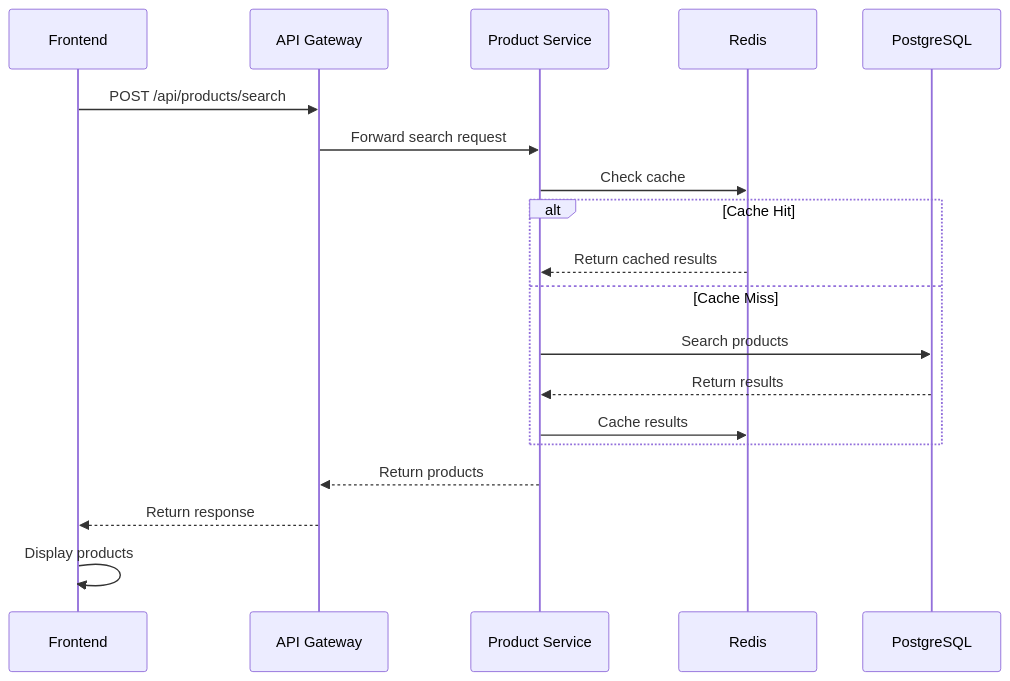
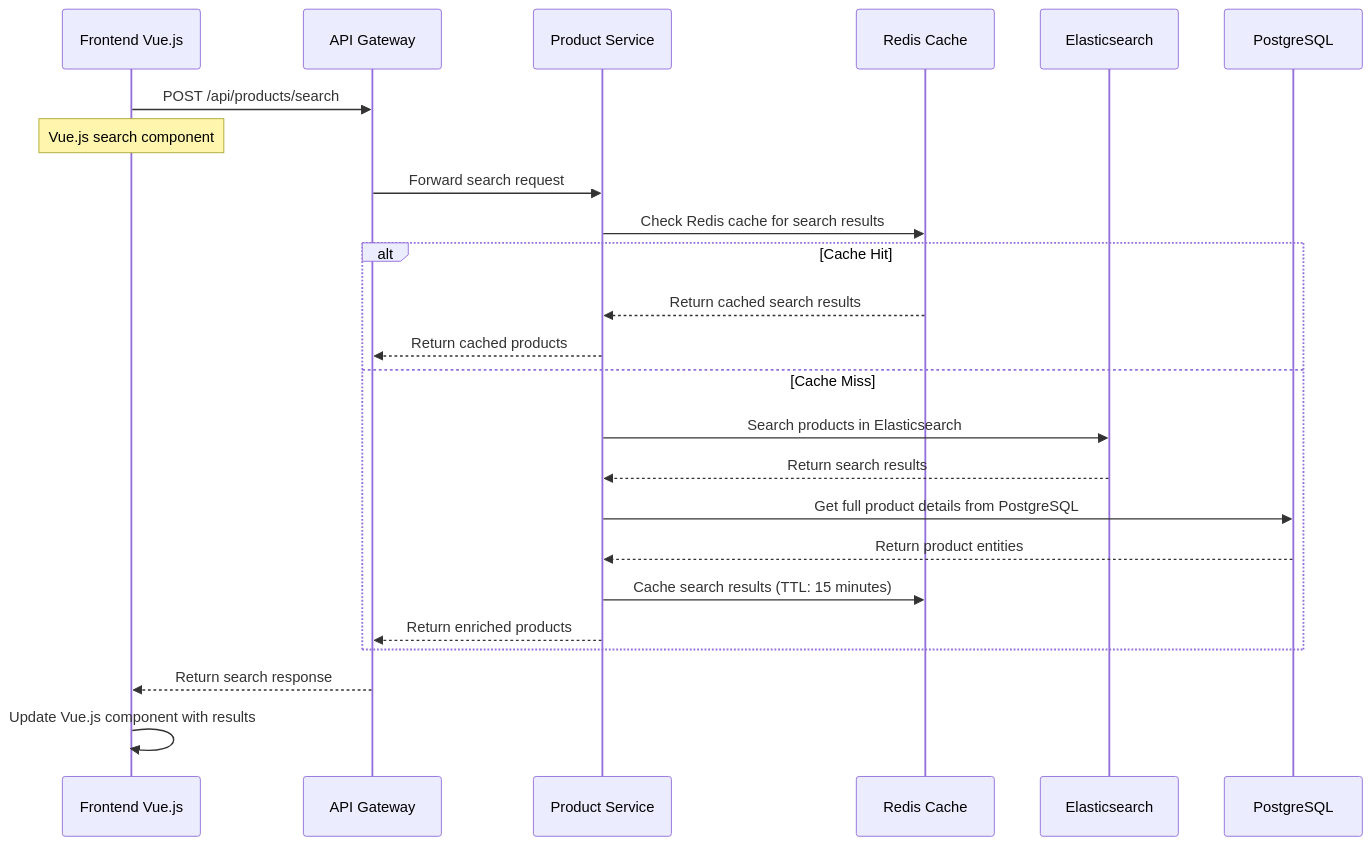
The third of 6 diagrams in SERVICES_FLOW.md (ahnguyentran98/study-microservice), drawn with Mermaid before and after one commit. The commit also changed other lines of this file and 3 other files, not shown here.

````diff
--- a/SERVICES_FLOW.md
+++ b/SERVICES_FLOW.md
@@ -168,22 +283,27 @@
 ```mermaid
 sequenceDiagram
-    participant F as Frontend
+    participant F as Frontend Vue.js
     participant G as API Gateway
     participant P as Product Service
-    participant R as Redis
+    participant R as Redis Cache
+    participant E as Elasticsearch
     participant DB as PostgreSQL
     
     F->>G: POST /api/products/search
+    Note over F: Vue.js search component
     G->>P: Forward search request
-    P->>R: Check cache
+    P->>R: Check Redis cache for search results
     alt Cache Hit
-        R-->>P: Return cached results
+        R-->>P: Return cached search results
+        P-->>G: Return cached products
     else Cache Miss
-        P->>DB: Search products
-        DB-->>P: Return results
-        P->>R: Cache results
+        P->>E: Search products in Elasticsearch
+        E-->>P: Return search results
+        P->>DB: Get full product details from PostgreSQL
+        DB-->>P: Return product entities
+        P->>R: Cache search results (TTL: 15 minutes)
+        P-->>G: Return enriched products
     end
-    P-->>G: Return products
-    G-->>F: Return response
-    F->>F: Display products
+    G-->>F: Return search response
+    F->>F: Update Vue.js component with results
 ```
````
